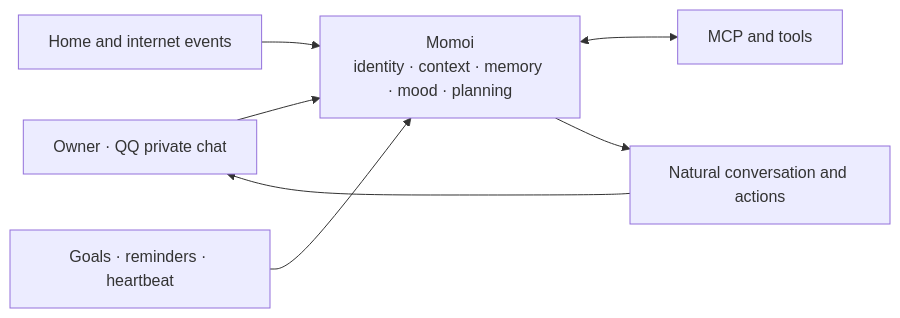
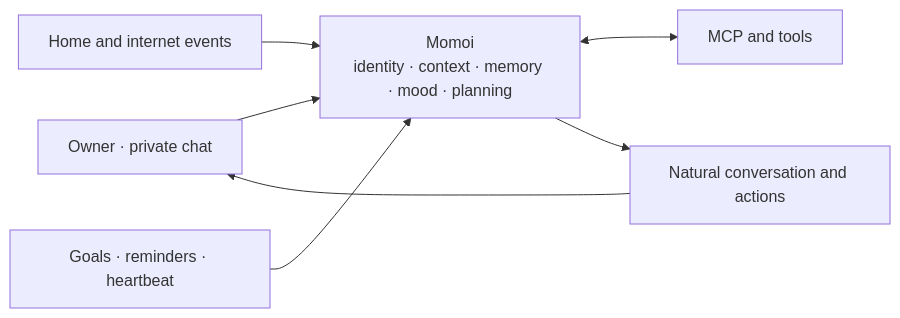
Before and after one commit to RicterZ/Momoi: the diagram in README.md, drawn with Mermaid. The commit also changed other lines of this file and 24 other files, not shown here.

````diff
--- a/README.md
+++ b/README.md
@@ -26,9 +26,9 @@
 ```mermaid
 flowchart LR
-  owner["Owner · QQ private chat"] --> momoi
+  owner["Owner · private chat"] --> momoi
   events["Home and internet events"] --> momoi
   time["Goals · reminders · heartbeat"] --> momoi
   momoi["Momoi<br/>identity · context · memory · mood · planning"] <--> tools["MCP and tools"]
   momoi --> conversation["Natural conversation and actions"]
   conversation --> owner
 ```
````
